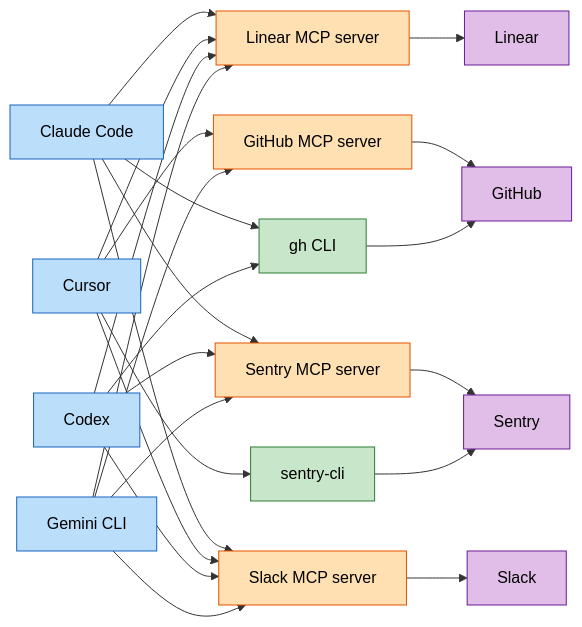
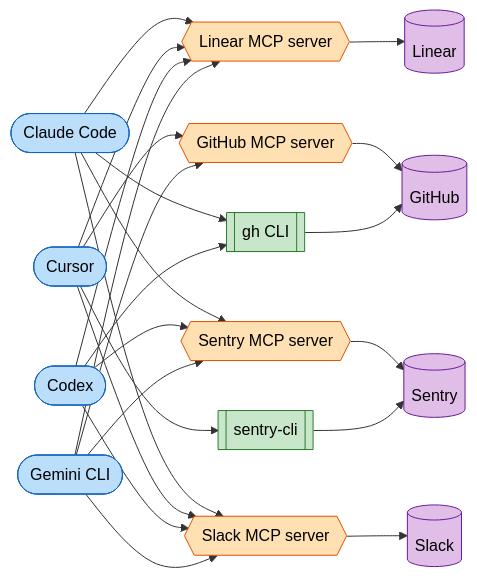
The first of 2 diagrams in README.md (alephic-ai/foac), drawn with Mermaid before and after one commit. The commit also changed other lines of this file, not shown here.

Commit message:
docs: shape the README diagram nodes by kind

````diff
--- a/README.md
+++ b/README.md
@@ -19,21 +19,21 @@
 ```mermaid
 graph LR
-    CC[Claude Code] --> LMCP & GHCLI & SMCP & SLMCP
-    CU[Cursor] --> LMCP & GHMCP & SCLI & SLMCP
-    CX[Codex] --> LMCP & GHCLI & SMCP & SLMCP
-    GEM[Gemini CLI] --> LMCP & GHMCP & SMCP & SLMCP
-    LMCP[Linear MCP server] --> Linear
-    GHMCP[GitHub MCP server] --> GitHub
-    GHCLI[gh CLI] --> GitHub
-    SMCP[Sentry MCP server] --> Sentry
-    SCLI[sentry-cli] --> Sentry
-    SLMCP[Slack MCP server] --> Slack
+    CC([Claude Code]) --> LMCP & GHCLI & SMCP & SLMCP
+    CU([Cursor]) --> LMCP & GHMCP & SCLI & SLMCP
+    CX([Codex]) --> LMCP & GHCLI & SMCP & SLMCP
+    GEM([Gemini CLI]) --> LMCP & GHMCP & SMCP & SLMCP
+    LMCP{{Linear MCP server}} --> Linear[(Linear)]
+    GHMCP{{GitHub MCP server}} --> GitHub[(GitHub)]
+    GHCLI[[gh CLI]] --> GitHub
+    SMCP{{Sentry MCP server}} --> Sentry[(Sentry)]
+    SCLI[[sentry-cli]] --> Sentry
+    SLMCP{{Slack MCP server}} --> Slack[(Slack)]
     classDef harness fill:#bbdefb,stroke:#1565c0,color:#000
     classDef mcp fill:#ffe0b2,stroke:#e65100,color:#000
     classDef cli fill:#c8e6c9,stroke:#2e7d32,color:#000
     classDef provider fill:#e1bee7,stroke:#6a1b9a,color:#000
     class CC,CU,CX,GEM harness
     class LMCP,GHMCP,SMCP,SLMCP mcp
     class GHCLI,SCLI cli
     class Linear,GitHub,Sentry,Slack provider
 ```
````
